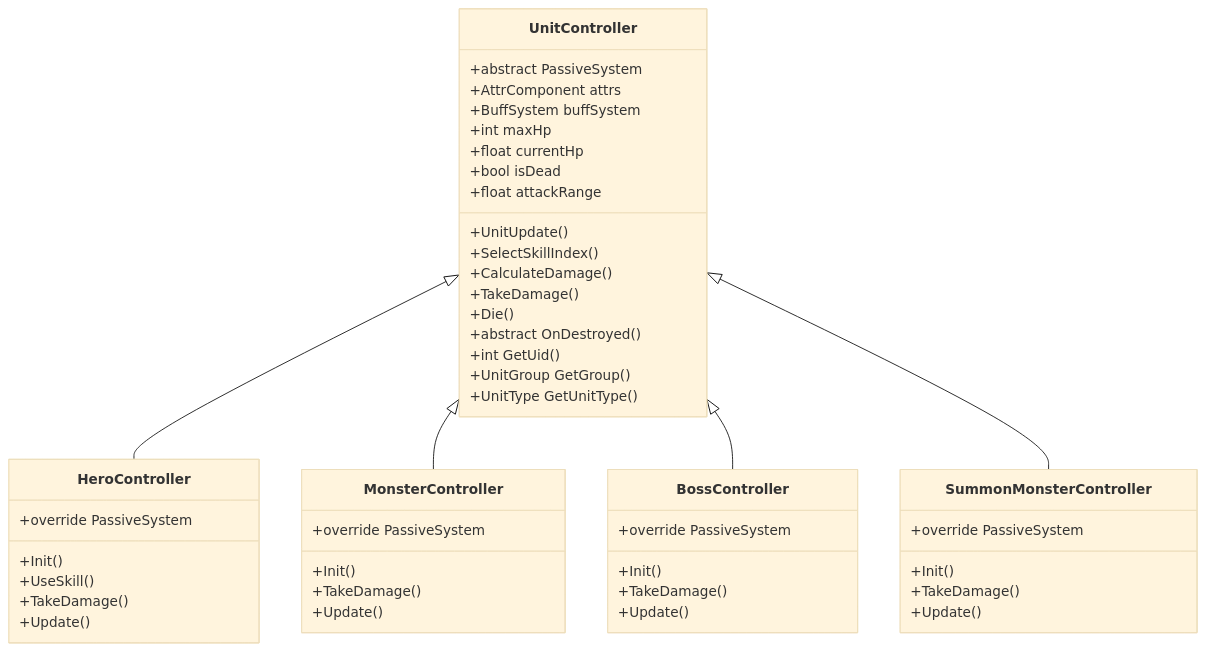
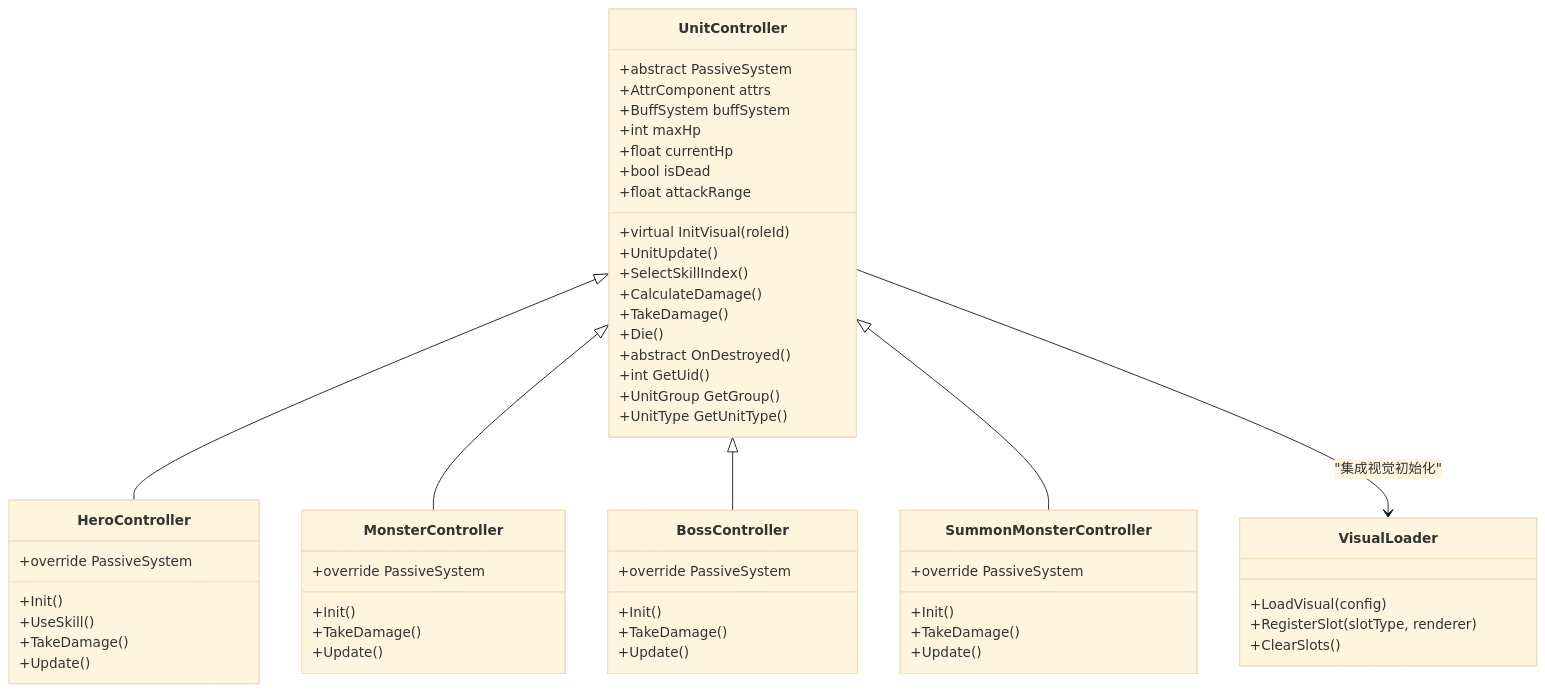
Before and after one commit to Tuusen/p1_client: the third of 11 diagrams in .qoder/repowiki/zh/content/战斗系统/战斗系统.md, drawn with Mermaid (base theme). The commit also changed other lines of this file and 5 other files, not shown here.

````diff
--- a/.qoder/repowiki/zh/content/战斗系统/战斗系统.md
+++ b/.qoder/repowiki/zh/content/战斗系统/战斗系统.md
@@ -181,50 +211,57 @@
 ```mermaid
 classDiagram
 class UnitController {
 +abstract PassiveSystem
 +AttrComponent attrs
 +BuffSystem buffSystem
 +int maxHp
 +float currentHp
 +bool isDead
 +float attackRange
++virtual InitVisual(roleId)
 +UnitUpdate()
 +SelectSkillIndex()
 +CalculateDamage()
 +TakeDamage()
 +Die()
 +abstract OnDestroyed()
 +int GetUid()
 +UnitGroup GetGroup()
 +UnitType GetUnitType()
 }
 class HeroController {
 +override PassiveSystem
 +Init()
 +UseSkill()
 +TakeDamage()
 +Update()
 }
 class MonsterController {
 +override PassiveSystem
 +Init()
 +TakeDamage()
 +Update()
 }
 class BossController {
 +override PassiveSystem
 +Init()
 +TakeDamage()
 +Update()
 }
 class SummonMonsterController {
 +override PassiveSystem
 +Init()
 +TakeDamage()
 +Update()
 }
+class VisualLoader {
++LoadVisual(config)
++RegisterSlot(slotType, renderer)
++ClearSlots()
+}
 UnitController <|-- HeroController
 UnitController <|-- MonsterController
 UnitController <|-- BossController
 UnitController <|-- SummonMonsterController
+UnitController --> VisualLoader : "集成视觉初始化"
 ```
````
